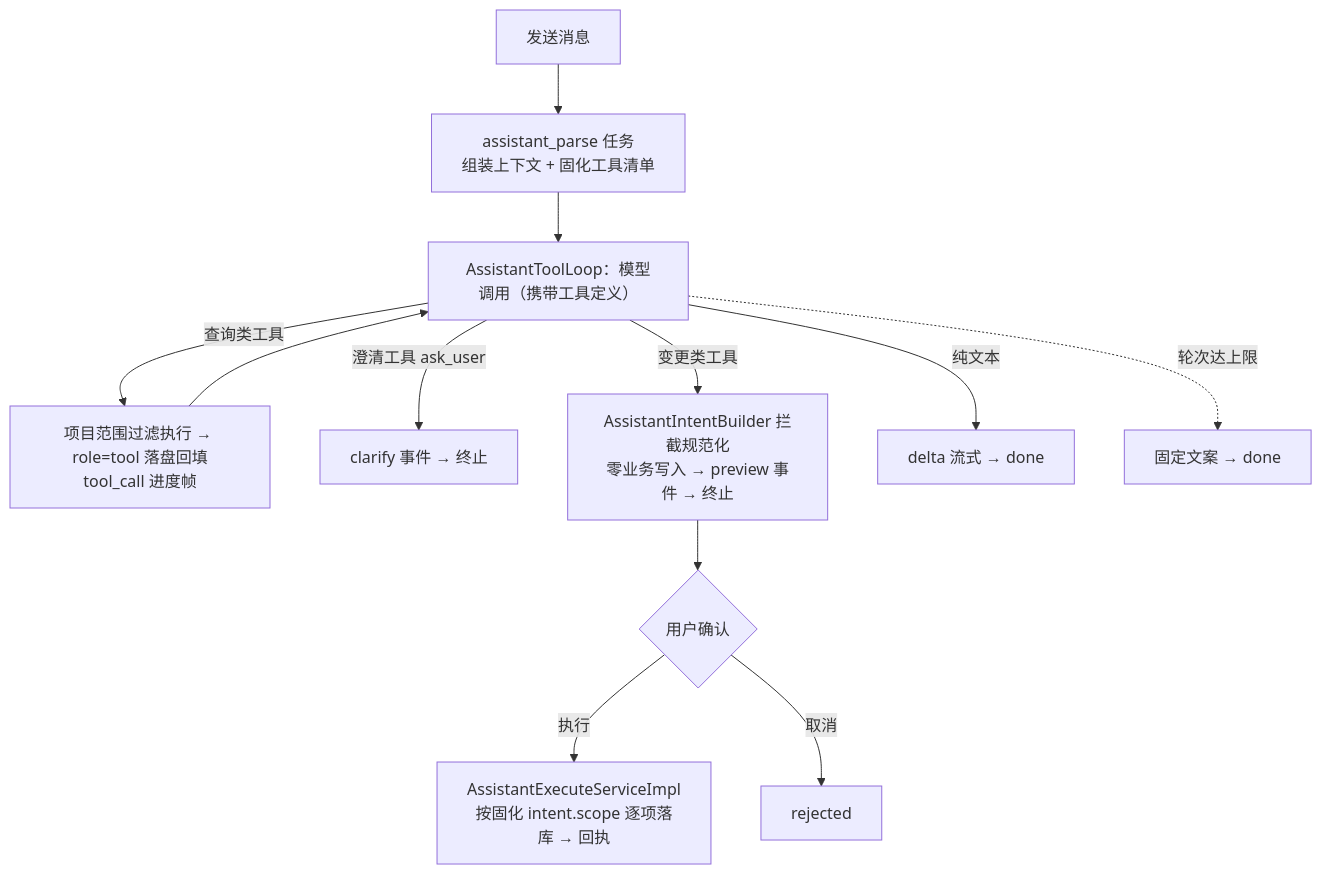
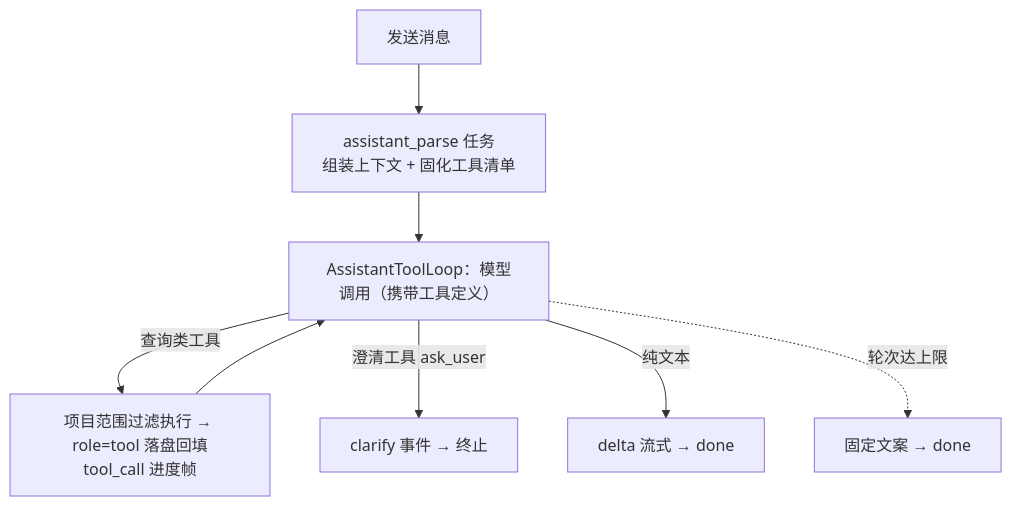
One commit to XiaoMiSum/robotest changed the diagram in docs/06-implementation-plan/05-ai-assistant-tool-invocation-plan.md. Above: the diagram before and after it, drawn with Mermaid. The commit also changed other lines of this file and 8 other files, not shown here.

````diff
--- a/docs/06-implementation-plan/05-ai-assistant-tool-invocation-plan.md
+++ b/docs/06-implementation-plan/05-ai-assistant-tool-invocation-plan.md
@@ -56,13 +55,9 @@
 ```mermaid
 flowchart TD
     A[发送消息] --> B[assistant_parse 任务<br/>组装上下文 + 固化工具清单]
     B --> C[AssistantToolLoop：模型调用（携带工具定义）]
     C -->|查询类工具| D[项目范围过滤执行 → role=tool 落盘回填<br/>tool_call 进度帧] --> C
     C -->|澄清工具 ask_user| E[clarify 事件 → 终止]
-    C -->|变更类工具| F[AssistantIntentBuilder 拦截规范化<br/>零业务写入 → preview 事件 → 终止]
     C -->|纯文本| G[delta 流式 → done]
     C -.轮次达上限.-> H[固定文案 → done]
-    F --> I{用户确认}
-    I -->|执行| J[AssistantExecuteServiceImpl<br/>按固化 intent.scope 逐项落库 → 回执]
-    I -->|取消| K[rejected]
 ```
````
